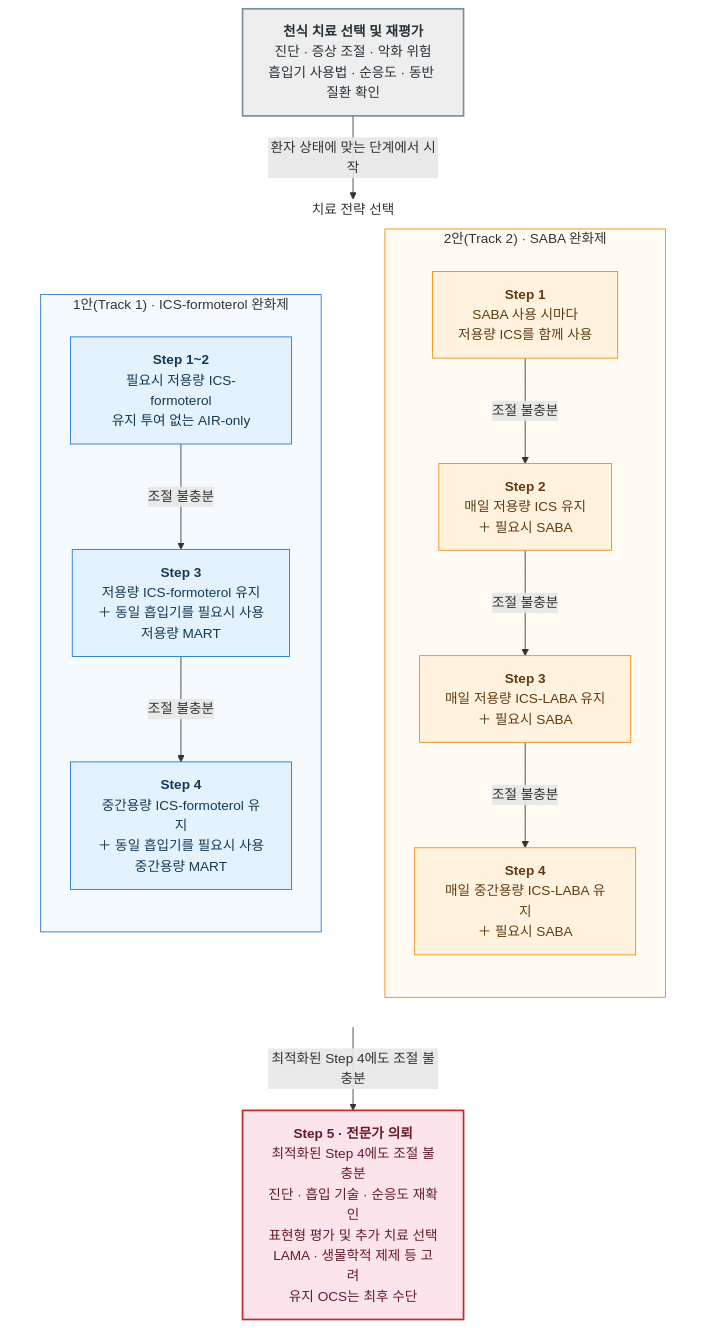
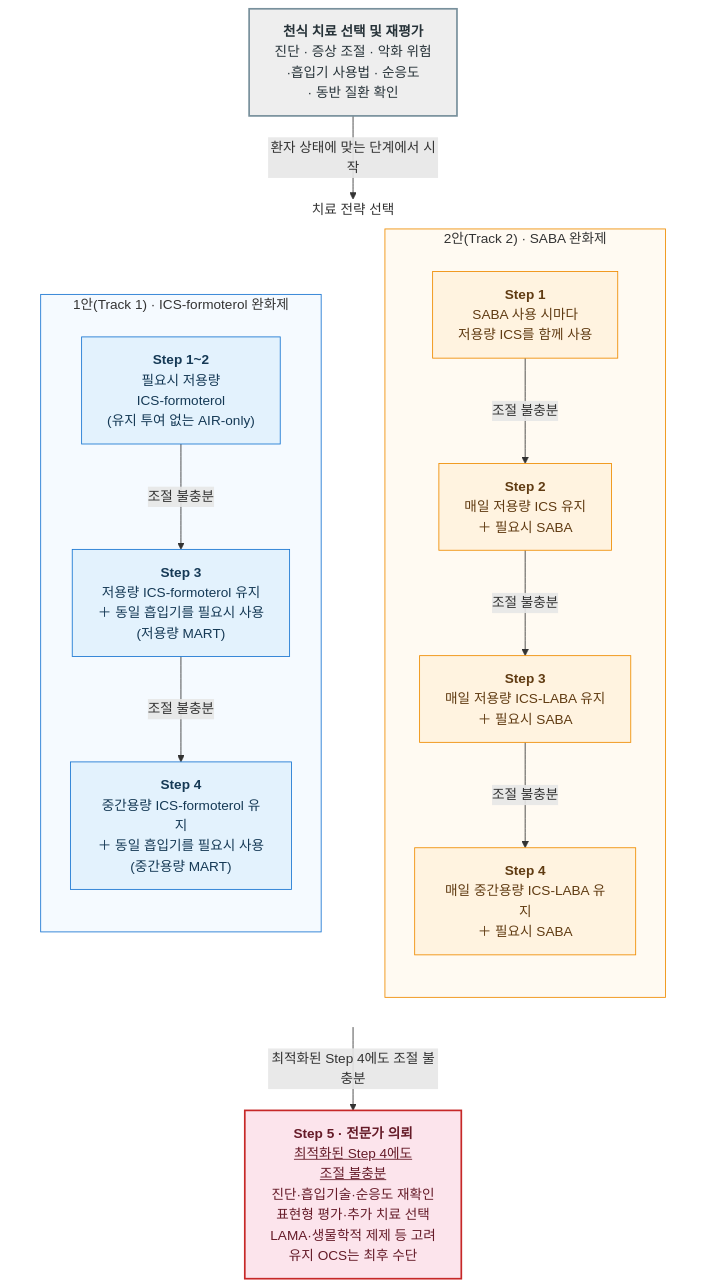
Before and after one commit to familyoh77/familyoh77: the third of 4 diagrams in 223_/071_-asthma.md, drawn with Mermaid. The commit also changed other lines of this file, not shown here.

````diff
--- a/223_/071_-asthma.md
+++ b/223_/071_-asthma.md
@@ -895,82 +895,41 @@
 ```mermaid
 flowchart TD
-    Assess["`**천식 치료 선택 및 재평가**
-진단 · 증상 조절 · 악화 위험
-흡입기 사용법 · 순응도 · 동반 질환 확인`"]
-
+    Assess["`<b>천식 치료 선택 및 재평가</b><br/>진단 · 증상 조절 · 악화 위험<br/>·흡입기 사용법 · 순응도 <br/>· 동반 질환 확인`"]
     subgraph Routes["치료 전략 선택"]
         direction LR
-
         subgraph Track1["1안(Track 1) · ICS-formoterol 완화제"]
             direction TB
-
-            T12["`**Step 1~2**
-필요시 저용량 ICS-formoterol
-유지 투여 없는 AIR-only`"]
-
-            T13["`**Step 3**
-저용량 ICS-formoterol 유지
-＋ 동일 흡입기를 필요시 사용
-저용량 MART`"]
-
-            T14["`**Step 4**
-중간용량 ICS-formoterol 유지
-＋ 동일 흡입기를 필요시 사용
-중간용량 MART`"]
-
+            T12["`<b>Step 1~2</b><br/>필요시 저용량 <br/>ICS-formoterol<br/>(유지 투여 없는 AIR-only)`"]
+            T13["`<b>Step 3</b><br/>저용량 ICS-formoterol 유지<br/>＋ 동일 흡입기를 필요시 사용<br/>(저용량 MART)`"]
+            T14["`<b>Step 4</b><br/>중간용량 ICS-formoterol 유지<br/>＋ 동일 흡입기를 필요시 사용<br/>(중간용량 MART)`"]
             T12 -->|조절 불충분| T13
             T13 -->|조절 불충분| T14
         end
-
         subgraph Track2["2안(Track 2) · SABA 완화제"]
             direction TB
-
-            T21["`**Step 1**
-SABA 사용 시마다
-저용량 ICS를 함께 사용`"]
-
-            T22["`**Step 2**
-매일 저용량 ICS 유지
-＋ 필요시 SABA`"]
-
-            T23["`**Step 3**
-매일 저용량 ICS-LABA 유지
-＋ 필요시 SABA`"]
-
-            T24["`**Step 4**
-매일 중간용량 ICS-LABA 유지
-＋ 필요시 SABA`"]
-
+            T21["`<b>Step 1</b><br/>SABA 사용 시마다<br/>저용량 ICS를 함께 사용`"]
+            T22["`<b>Step 2</b><br/>매일 저용량 ICS 유지<br/>＋ 필요시 SABA`"]
+            T23["`<b>Step 3</b><br/>매일 저용량 ICS-LABA 유지<br/>＋ 필요시 SABA`"]
+            T24["`<b>Step 4</b><br/>매일 중간용량 ICS-LABA 유지<br/>＋ 필요시 SABA`"]
             T21 -->|조절 불충분| T22
             T22 -->|조절 불충분| T23
             T23 -->|조절 불충분| T24
         end
-
         Track1 ~~~ Track2
     end
-
-    Step5["`**Step 5 · 전문가 의뢰**
-최적화된 Step 4에도 조절 불충분
-진단 · 흡입 기술 · 순응도 재확인
-표현형 평가 및 추가 치료 선택
-LAMA · 생물학적 제제 등 고려
-유지 OCS는 최후 수단`"]
-
+    Step5["`<b>Step 5 · 전문가 의뢰</b><br/><u>최적화된 Step 4에도 <br/>조절 불충분</u><br/>진단·흡입기술·순응도 재확인<br/>표현형 평가·추가 치료 선택<br/>LAMA·생물학적 제제 등 고려<br/>유지 OCS는 최후 수단`"]
     Assess -->|환자 상태에 맞는 단계에서 시작| Routes
     Routes -->|최적화된 Step 4에도 조절 불충분| Step5
-
     classDef assess fill:#eeeeee,stroke:#78909c,color:#263238,stroke-width:2px
     classDef track1 fill:#e3f2fd,stroke:#1976d2,color:#153955
     classDef track2 fill:#fff3e0,stroke:#ef8c00,color:#603b12
     classDef expert fill:#fce4ec,stroke:#c62828,color:#651b28,stroke-width:2px
-
     class Assess assess
     class T12,T13,T14 track1
     class T21,T22,T23,T24 track2
     class Step5 expert
-
     style Routes fill:transparent,stroke:transparent
     style Track1 fill:#f5faff,stroke:#1976d2
     style Track2 fill:#fffaf2,stroke:#ef8c00
 
 ```
````
